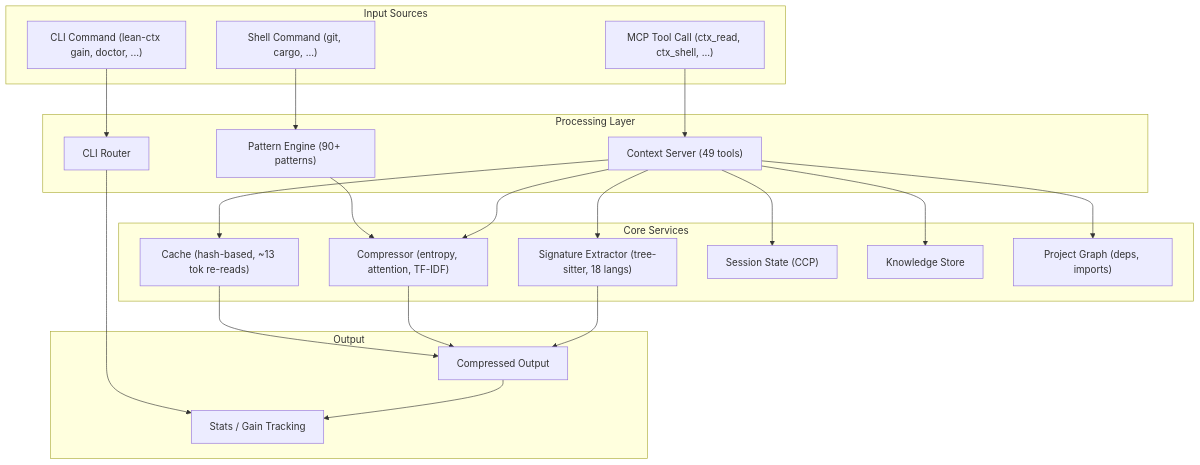
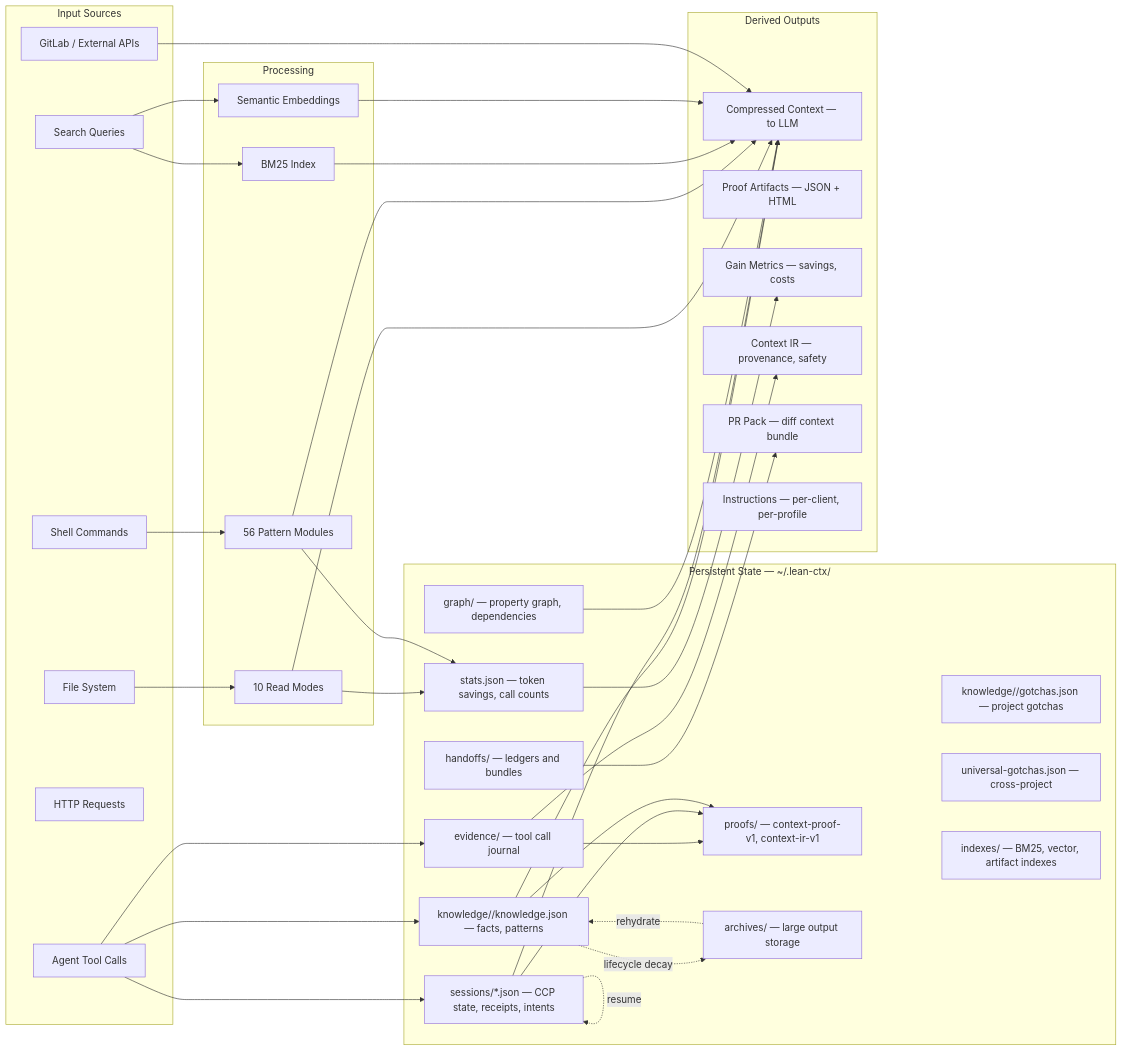
The third of 3 diagrams in ARCHITECTURE.md (HSKIMRobert/lean-ctx), drawn with Mermaid before and after one commit. The commit also changed other lines of this file and 290 other files, not shown here.

First line of the commit message:
feat: integrate all WIP modules — Context OS, Daemon, CLI-First, Providers, Server Refactor

````diff
--- a/ARCHITECTURE.md
+++ b/ARCHITECTURE.md
@@ -7,48 +414,70 @@
 ```mermaid
-flowchart TD
-    subgraph input [Input Sources]
-        ShellCmd["Shell Command (git, cargo, ...)"]
-        McpReq["MCP Tool Call (ctx_read, ctx_shell, ...)"]
-        CliCmd["CLI Command (lean-ctx gain, doctor, ...)"]
+flowchart LR
+    subgraph inputs [Input Sources]
+        FileSystem["File System"]
+        ShellOutput["Shell Commands"]
+        SearchQuery["Search Queries"]
+        AgentCall["Agent Tool Calls"]
+        HTTPReq["HTTP Requests"]
+        GitLabAPI["GitLab / External APIs"]
     end
 
-    subgraph processing [Processing Layer]
-        PatternEngine["Pattern Engine (90+ patterns)"]
-        ContextServer["Context Server (49 tools)"]
-        CliRouter["CLI Router"]
+    subgraph processing [Processing]
+        ReadModes["10 Read Modes"]
+        PatternCompress["56 Pattern Modules"]
+        BM25["BM25 Index"]
+        SemanticEmbed["Semantic Embeddings"]
     end
 
-    subgraph core [Core Services]
-        Cache["Cache (hash-based, ~13 tok re-reads)"]
-        Signatures["Signature Extractor (tree-sitter, 18 langs)"]
-        Compression["Compressor (entropy, attention, TF-IDF)"]
-        Session["Session State (CCP)"]
-        Knowledge["Knowledge Store"]
-        Graph["Project Graph (deps, imports)"]
+    subgraph state [Persistent State — ~/.lean-ctx/]
+        SessionJSON["sessions/*.json — CCP state, receipts, intents"]
+        KnowledgeJSON["knowledge/<hash>/knowledge.json — facts, patterns"]
+        GotchaJSON["knowledge/<hash>/gotchas.json — project gotchas"]
+        UniversalGotcha["universal-gotchas.json — cross-project"]
+        GraphData["graph/ — property graph, dependencies"]
+        IndexData["indexes/ — BM25, vector, artifact indexes"]
+        StatsJSON["stats.json — token savings, call counts"]
+        ProofArtifacts["proofs/ — context-proof-v1, context-ir-v1"]
+        ArchiveData["archives/ — large output storage"]
+        EvidenceJSON["evidence/ — tool call journal"]
+        HandoffData["handoffs/ — ledgers and bundles"]
     end
 
-    subgraph output [Output]
-        CompressedOut["Compressed Output"]
-        Stats["Stats / Gain Tracking"]
+    subgraph derived [Derived Outputs]
+        CompressedCtx["Compressed Context — to LLM"]
+        ProofReport["Proof Artifacts — JSON + HTML"]
+        GainMetrics["Gain Metrics — savings, costs"]
+        IRSnapshot["Context IR — provenance, safety"]
+        PackBundle["PR Pack — diff context bundle"]
+        Instructions["Instructions — per-client, per-profile"]
     end
 
-    ShellCmd --> PatternEngine
-    McpReq --> ContextServer
-    CliCmd --> CliRouter
+    FileSystem --> ReadModes --> CompressedCtx
+    ShellOutput --> PatternCompress --> CompressedCtx
+    SearchQuery --> BM25 --> CompressedCtx
+    SearchQuery --> SemanticEmbed --> CompressedCtx
+    GitLabAPI --> CompressedCtx
 
-    PatternEngine --> Compression
-    ContextServer --> Cache
-    ContextServer --> Signatures
-    ContextServer --> Compression
-    CliRouter --> Stats
+    AgentCall --> SessionJSON
+    AgentCall --> KnowledgeJSON
+    AgentCall --> EvidenceJSON
 
-    Cache --> CompressedOut
-    Compression --> CompressedOut
-    Signatures --> CompressedOut
+    ReadModes --> StatsJSON
+    PatternCompress --> StatsJSON
 
-    ContextServer --> Session
-    ContextServer --> Knowledge
-    ContextServer --> Graph
+    KnowledgeJSON --> CompressedCtx
+    SessionJSON --> CompressedCtx
+    GraphData --> CompressedCtx
 
-    CompressedOut --> Stats
+    EvidenceJSON --> ProofArtifacts
+    SessionJSON --> ProofArtifacts
+    KnowledgeJSON --> ProofArtifacts
+
+    StatsJSON --> GainMetrics
+    EvidenceJSON --> IRSnapshot
+    HandoffData --> PackBundle
+
+    SessionJSON -.->|"resume"| SessionJSON
+    KnowledgeJSON -.->|"lifecycle decay"| ArchiveData
+    ArchiveData -.->|"rehydrate"| KnowledgeJSON
 ```
````
